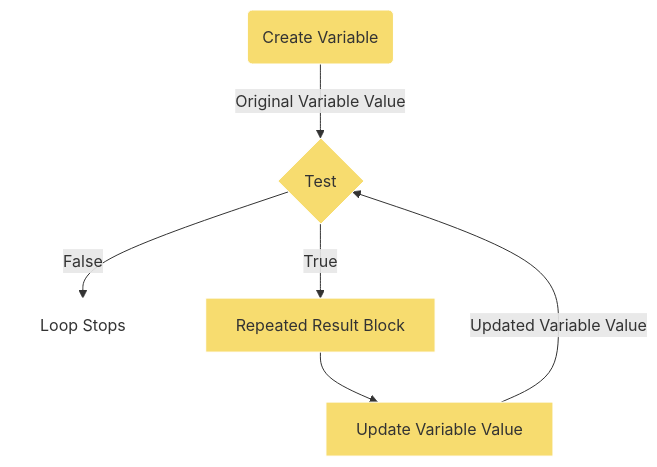
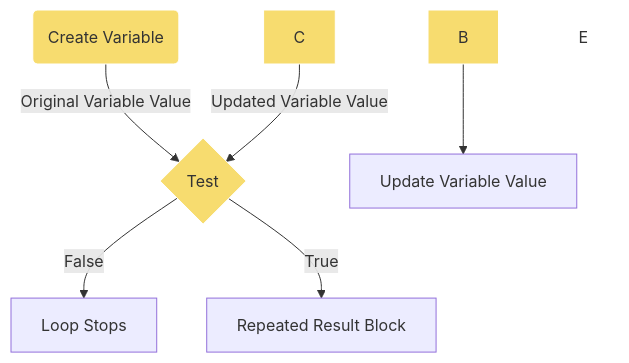
Before and after one commit to lsu-ddem/pathways-site: the diagram in content/1_IntroToCoding/2_MakingThings_Happen/3_Lesson_3/index.md, drawn with Mermaid. The commit also changed other lines of this file, not shown here.

```diff
--- a/content/1_IntroToCoding/2_MakingThings_Happen/3_Lesson_3/index.md
+++ b/content/1_IntroToCoding/2_MakingThings_Happen/3_Lesson_3/index.md
@@ -25,13 +23,13 @@
 {{<mermaid align="center">}}
 graph TD 
 H(Create Variable)-->|Original Variable Value|A
- A-->|False| E[Loop Stops]
-A{Test} -->|True| B[Repeated Result Block]
-B-->C[Update Variable Value]
+ A-->|False| E\[Loop Stops]
+A{Test} -->|True| B\[Repeated Result Block]
+B-->C\[Update Variable Value]
 C-->|Updated Variable Value|A
 style A fill:  #f7dc6f , stroke:#FFFFFF;
 style B fill:  #f7dc6f ,stroke:#FFFFFF;
 style C fill:  #f7dc6f ,stroke:#FFFFFF;
 style E fill: #FFFFFF, stroke:#FFFFFF;
 style H fill:  #f7dc6f ,stroke:#FFFFFF;
 {{< /mermaid >}}
```
